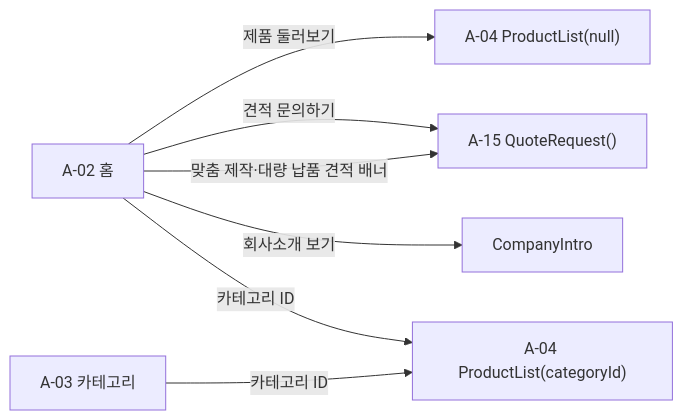
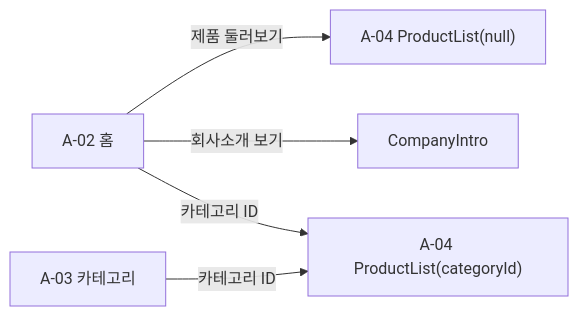
Before and after one commit to team-nativeLab/Eum-ShoppingMall-Android: the ninth of 9 diagrams in docs/APP_FLOW.md, drawn with Mermaid. The commit also changed other lines of this file and 226 other files, not shown here.

````diff
--- a/docs/APP_FLOW.md
+++ b/docs/APP_FLOW.md
@@ -224,9 +224,7 @@
 ```mermaid
 flowchart LR
     A02["A-02 홈"] -- 제품 둘러보기 --> ALL["A-04 ProductList(null)"]
-    A02 -- 견적 문의하기 --> Q["A-15 QuoteRequest()"]
     A02 -- 회사소개 보기 --> CO["CompanyIntro"]
     A02 -- 카테고리 ID --> CAT["A-04 ProductList(categoryId)"]
     A03["A-03 카테고리"] -- 카테고리 ID --> CAT
-    A02 -- 맞춤 제작·대량 납품 견적 배너 --> Q
 ```
````
